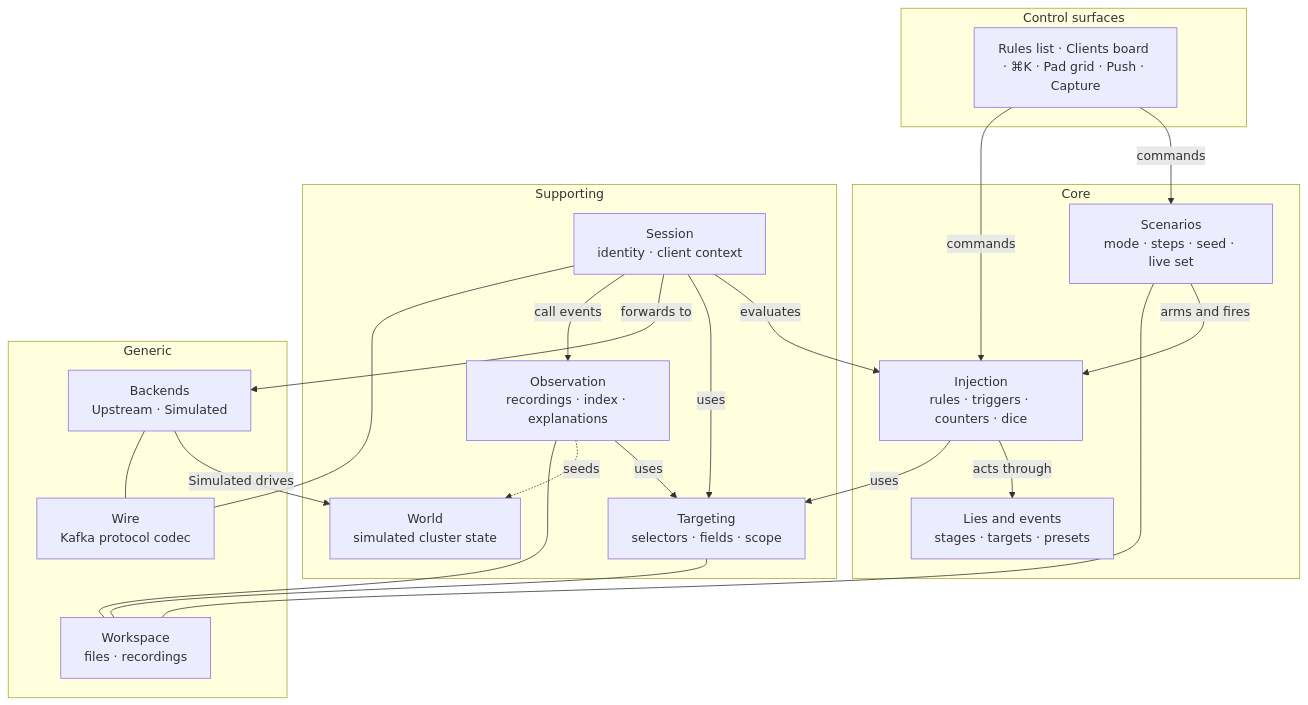
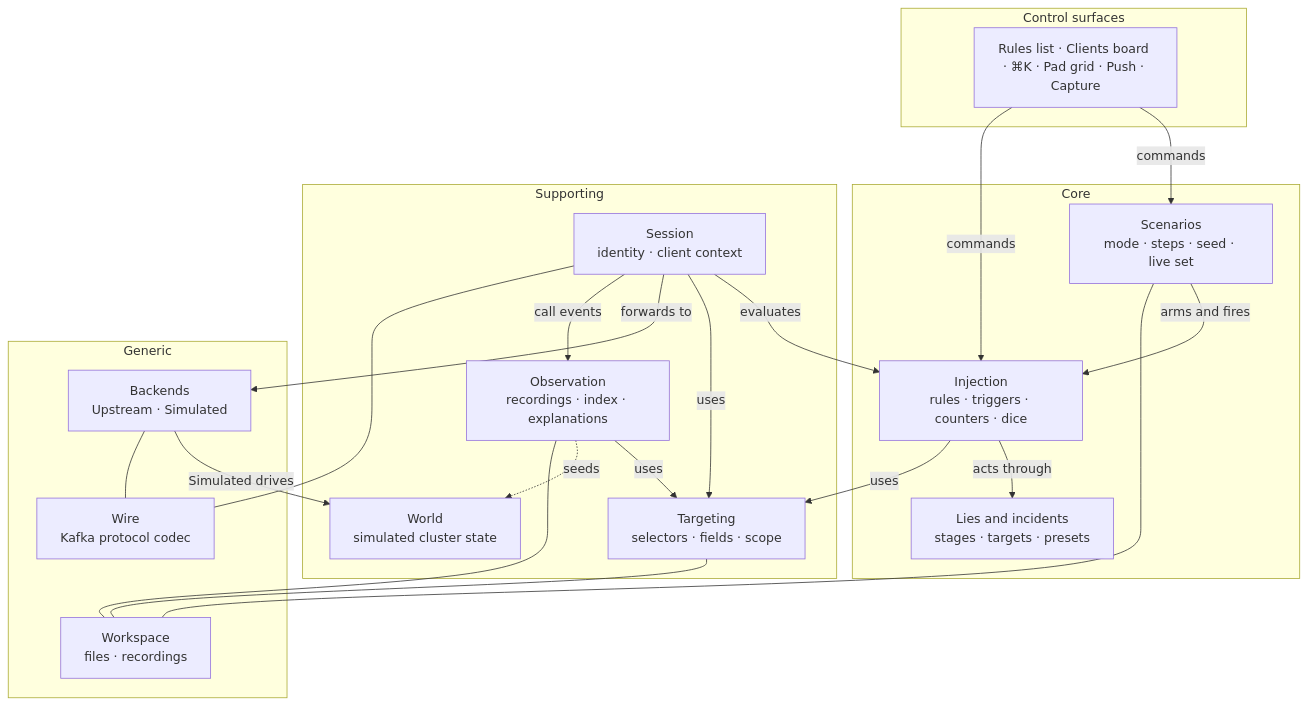
The diagram in docs/specs/townplan/README.md (cruxy-eu/gaslightmq), drawn with Mermaid before and after one commit. The commit also changed other lines of this file and 40 other files, not shown here.

````diff
--- a/docs/specs/townplan/README.md
+++ b/docs/specs/townplan/README.md
@@ -9,43 +9,43 @@
 ```mermaid
 flowchart TB
   subgraph surfaces["Control surfaces"]
     CS["Rules list · Clients board · ⌘K · Pad grid · Push · Capture"]
   end
 
   subgraph core["Core"]
     SC["Scenarios<br/>mode · steps · seed · live set"]
     IN["Injection<br/>rules · triggers · counters · dice"]
-    LE["Lies and events<br/>stages · targets · presets"]
+    LI["Lies and incidents<br/>stages · targets · presets"]
   end
 
   subgraph support["Supporting"]
     TG["Targeting<br/>selectors · fields · scope"]
     SE["Session<br/>identity · client context"]
     OB["Observation<br/>recordings · index · explanations"]
     WO["World<br/>simulated cluster state"]
   end
 
   subgraph generic["Generic"]
     BE["Backends<br/>Upstream · Simulated"]
     WI["Wire<br/>Kafka protocol codec"]
     ST["Workspace<br/>files · recordings"]
   end
 
   CS -->|commands| SC
   CS -->|commands| IN
   SC -->|arms and fires| IN
-  IN -->|acts through| LE
+  IN -->|acts through| LI
   IN -->|uses| TG
   SE -->|evaluates| IN
   SE -->|uses| TG
   SE -->|forwards to| BE
   BE -->|Simulated drives| WO
   SE -->|call events| OB
   OB -->|uses| TG
   OB -.->|seeds| WO
   SE --- WI
   BE --- WI
   SC --- ST
   TG --- ST
   OB --- ST
 ```
````
